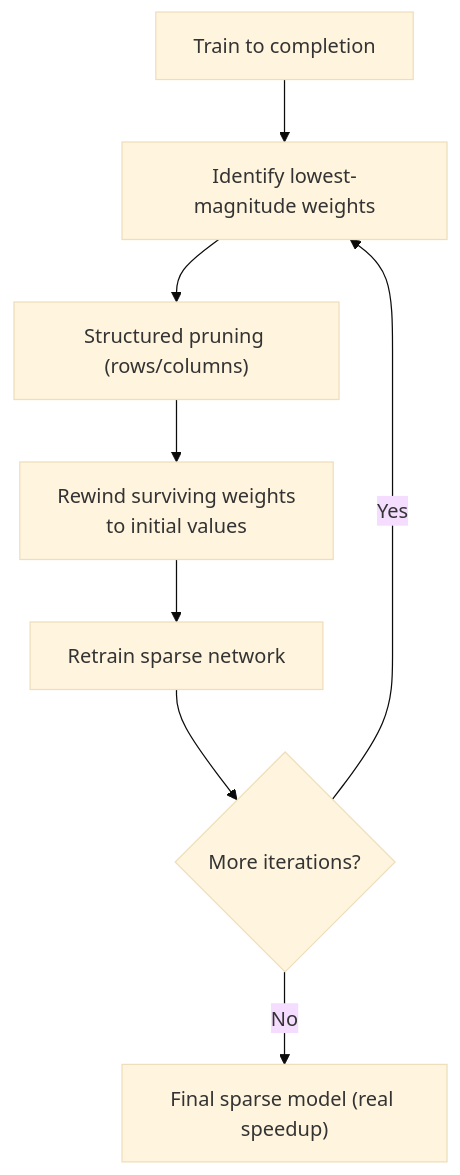
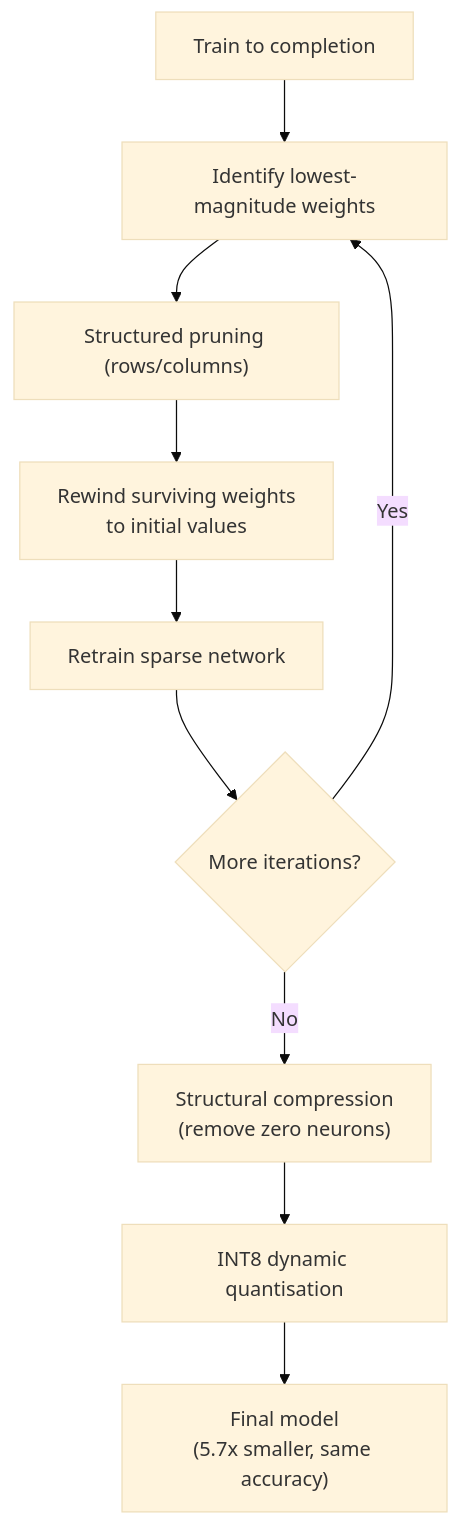
One commit to MaTichy/Rational_Activations_and_Compression_in_Visual_Transformer_Models changed the third of 3 diagrams in README.md. Above: the diagram before and after it, drawn with Mermaid (base theme). The commit also changed other lines of this file and 12 other files, not shown here.

````diff
--- a/README.md
+++ b/README.md
@@ -79,10 +98,12 @@
 ```mermaid
 flowchart TD
     A["Train to completion"] --> B["Identify lowest-magnitude weights"]
     B --> C["Structured pruning (rows/columns)"]
     C --> D["Rewind surviving weights\nto initial values"]
     D --> E["Retrain sparse network"]
     E --> F{More iterations?}
     F -->|Yes| B
-    F -->|No| G["Final sparse model (real speedup)"]
+    F -->|No| G["Structural compression\n(remove zero neurons)"]
+    G --> H["INT8 dynamic quantisation"]
+    H --> I["Final model\n(5.7x smaller, same accuracy)"]
 ```
````
